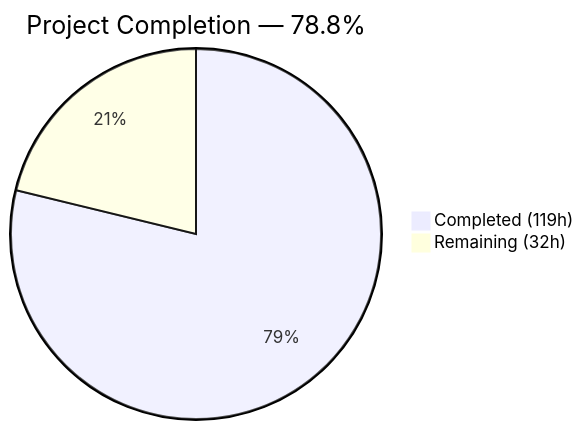
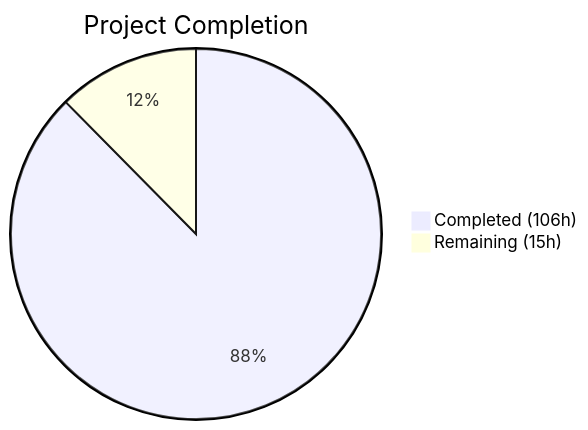
One commit to Blitzy-Sandbox/blitzy-cal changed the first of 2 diagrams in blitzy/documentation/Project Guide.md. Above: the diagram before and after it, drawn with Mermaid. The commit also changed other lines of this file, not shown here.

Commit message:
Adding Blitzy Project Guide: Project Status and Human Tasks Remaining

````diff
--- a/blitzy/documentation/Project Guide.md
+++ b/blitzy/documentation/Project Guide.md
@@ -13,5 +13,5 @@
 ```mermaid
-pie title Project Completion — 78.8%
-    "Completed (119h)" : 119
-    "Remaining (32h)" : 32
+pie title Project Completion
+    "Completed (106h)" : 106
+    "Remaining (15h)" : 15
 ```
````
